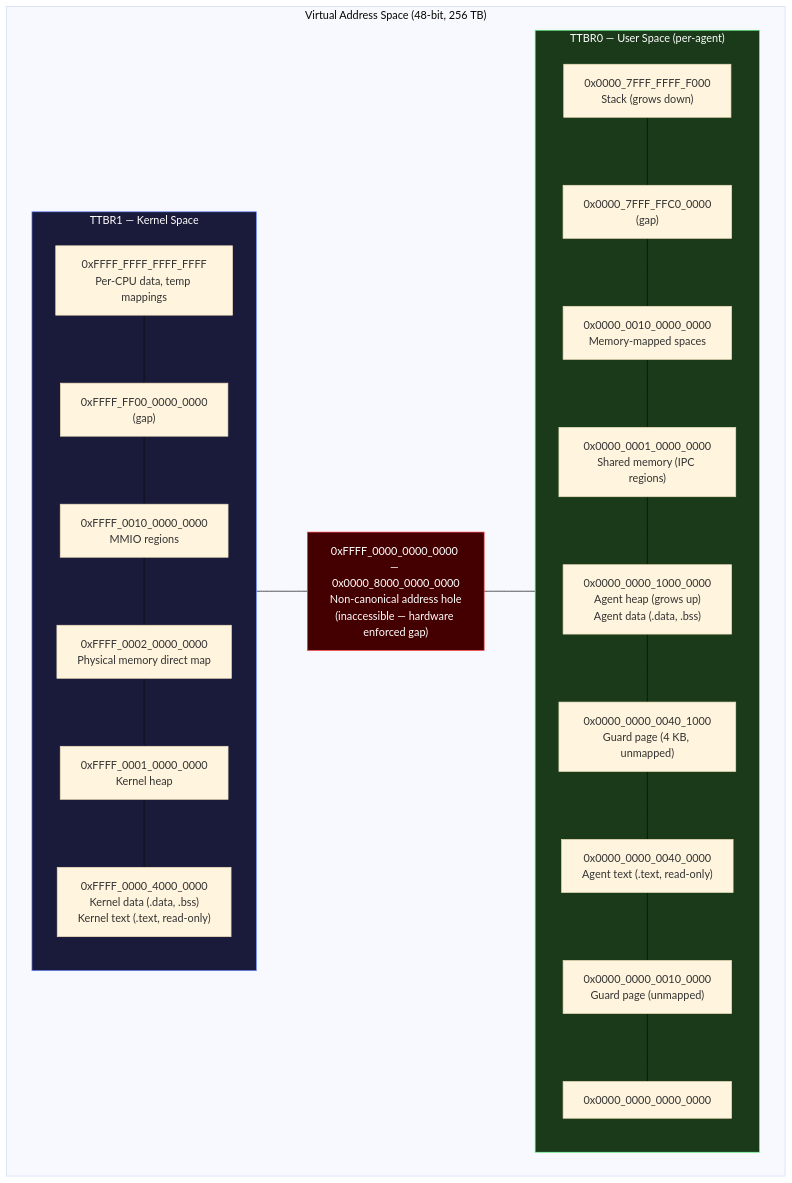
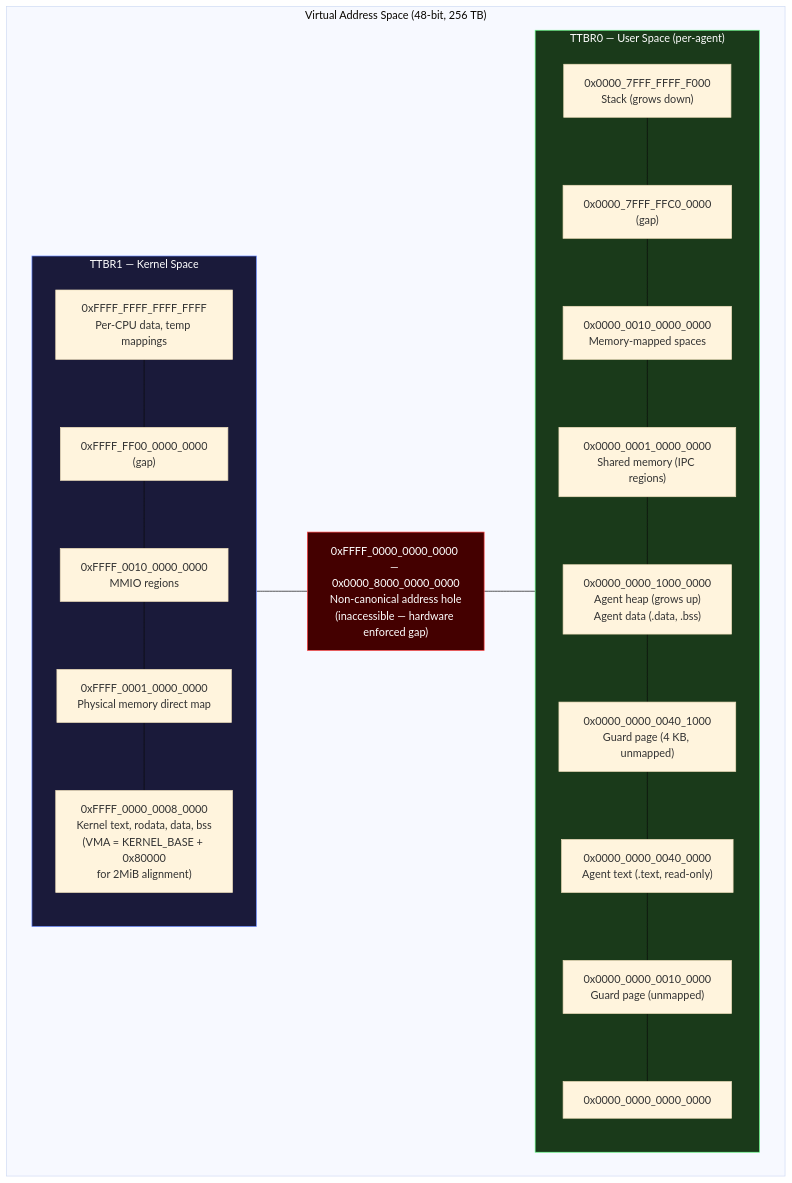
One commit to juslee/aios changed the second of 8 diagrams in docs/kernel/memory.md. Above: the diagram before and after it, drawn with Mermaid (base theme). The commit also changed other lines of this file and 17 other files, not shown here.

````diff
--- a/docs/kernel/memory.md
+++ b/docs/kernel/memory.md
@@ -459,50 +459,49 @@
 ```mermaid
 flowchart TD
     subgraph vas["Virtual Address Space (48-bit, 256 TB)"]
         subgraph ttbr1["TTBR1 — Kernel Space"]
             K1["`0xFFFF_FFFF_FFFF_FFFF
 Per-CPU data, temp mappings`"]
             K2["`0xFFFF_FF00_0000_0000
 (gap)`"]
             K3["`0xFFFF_0010_0000_0000
 MMIO regions`"]
-            K4["`0xFFFF_0002_0000_0000
+            K4["`0xFFFF_0001_0000_0000
 Physical memory direct map`"]
-            K5["`0xFFFF_0001_0000_0000
-Kernel heap`"]
-            K6["`0xFFFF_0000_4000_0000
-Kernel data (.data, .bss)
-Kernel text (.text, read-only)`"]
-            K1 --- K2 --- K3 --- K4 --- K5 --- K6
+            K5["`0xFFFF_0000_0008_0000
+Kernel text, rodata, data, bss
+(VMA = KERNEL_BASE + 0x80000
+for 2MiB alignment)`"]
+            K1 --- K2 --- K3 --- K4 --- K5
         end
         HOLE["`0xFFFF_0000_0000_0000 — 0x0000_8000_0000_0000
 Non-canonical address hole
 (inaccessible — hardware enforced gap)`"]
         subgraph ttbr0["TTBR0 — User Space (per-agent)"]
             U1["`0x0000_7FFF_FFFF_F000
 Stack (grows down)`"]
             U2["`0x0000_7FFF_FFC0_0000
 (gap)`"]
             U3["`0x0000_0010_0000_0000
 Memory-mapped spaces`"]
             U4["`0x0000_0001_0000_0000
 Shared memory (IPC regions)`"]
             U5["`0x0000_0000_1000_0000
 Agent heap (grows up)
 Agent data (.data, .bss)`"]
             U6["`0x0000_0000_0040_1000
 Guard page (4 KB, unmapped)`"]
             U7["`0x0000_0000_0040_0000
 Agent text (.text, read-only)`"]
             U8["`0x0000_0000_0010_0000
 Guard page (unmapped)`"]
             U9["0x0000_0000_0000_0000"]
             U1 --- U2 --- U3 --- U4 --- U5 --- U6 --- U7 --- U8 --- U9
         end
         ttbr1 --- HOLE --- ttbr0
     end
 
     style HOLE fill:#440000,stroke:#ff4444,color:#ffffff
     style ttbr1 fill:#1a1a3a,stroke:#6688ff,color:#ffffff
     style ttbr0 fill:#1a3a1a,stroke:#66ff88,color:#ffffff
 ```
````
